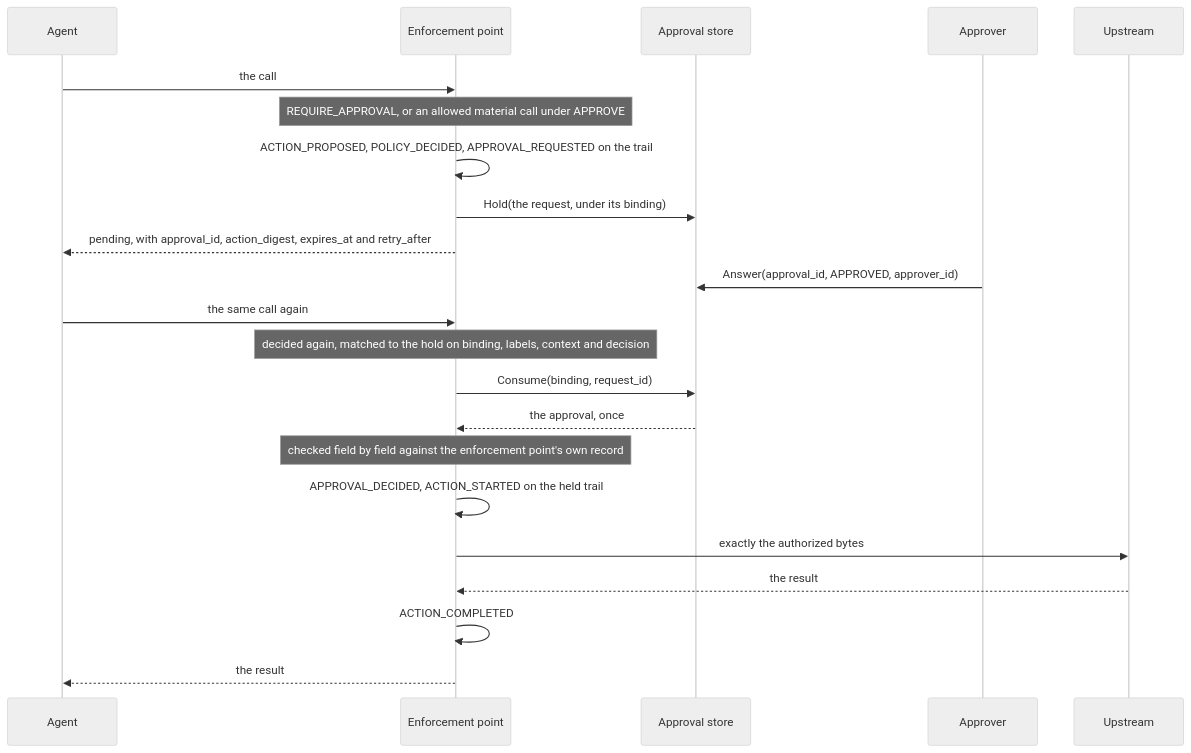
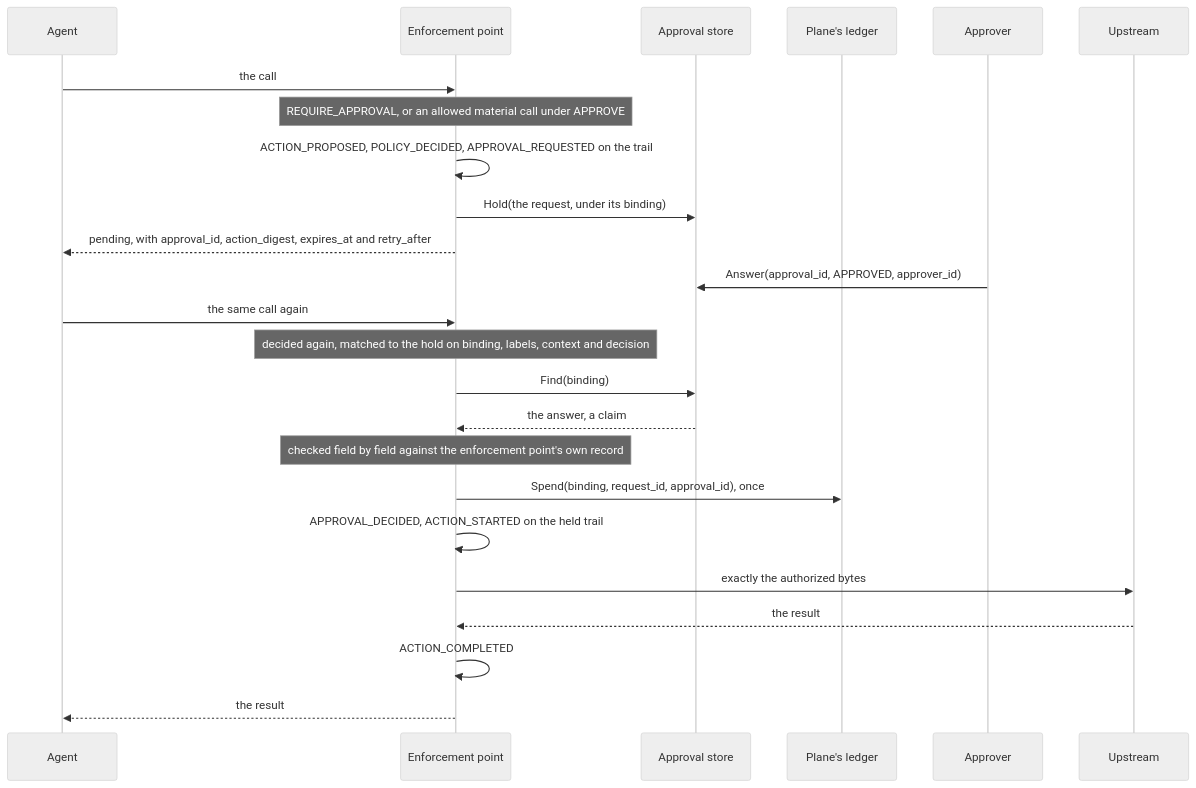
Before and after one commit to guardana/control: the first of 2 diagrams in docs/concepts/approvals-and-the-held-call.md, drawn with Mermaid (neutral theme). The commit also changed other lines of this file and 106 other files, not shown here.

````diff
--- a/docs/concepts/approvals-and-the-held-call.md
+++ b/docs/concepts/approvals-and-the-held-call.md
@@ -24,26 +24,28 @@
 ```mermaid
 sequenceDiagram
     accTitle: One held request, end to end
-    accDescr: The call is held and the agent told it is pending; an approver answers in the store; the agent's identical retry is decided again, consumes the approval once, and only the authorized bytes reach the upstream.
+    accDescr: The call is held and the agent told it is pending; an approver answers in the store; the agent's identical retry is decided again, the answer is checked and spent once in the plane's ledger, and only the authorized bytes reach the upstream.
     participant Agent
     participant Point as Enforcement point
     participant Store as Approval store
+    participant Ledger as Plane's ledger
     participant Approver
     participant Upstream
     Agent->>Point: the call
     Note over Point: REQUIRE_APPROVAL, or an allowed material call under APPROVE
     Point->>Point: ACTION_PROPOSED, POLICY_DECIDED, APPROVAL_REQUESTED on the trail
     Point->>Store: Hold(the request, under its binding)
     Point-->>Agent: pending, with approval_id, action_digest, expires_at and retry_after
     Approver->>Store: Answer(approval_id, APPROVED, approver_id)
     Agent->>Point: the same call again
     Note over Point: decided again, matched to the hold on binding, labels, context and decision
-    Point->>Store: Consume(binding, request_id)
-    Store-->>Point: the approval, once
+    Point->>Store: Find(binding)
+    Store-->>Point: the answer, a claim
     Note over Point: checked field by field against the enforcement point's own record
+    Point->>Ledger: Spend(binding, request_id, approval_id), once
     Point->>Point: APPROVAL_DECIDED, ACTION_STARTED on the held trail
     Point->>Upstream: exactly the authorized bytes
     Upstream-->>Point: the result
     Point->>Point: ACTION_COMPLETED
     Point-->>Agent: the result
 ```
````
